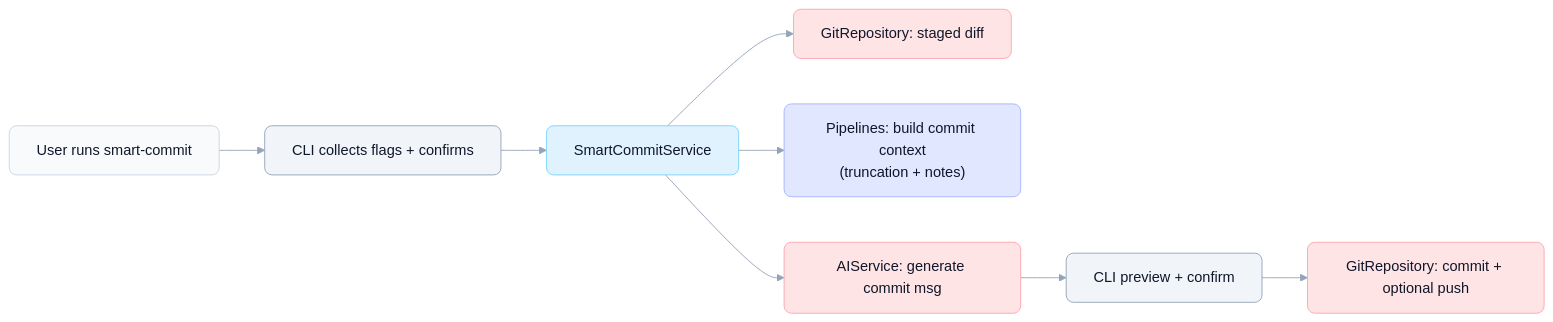
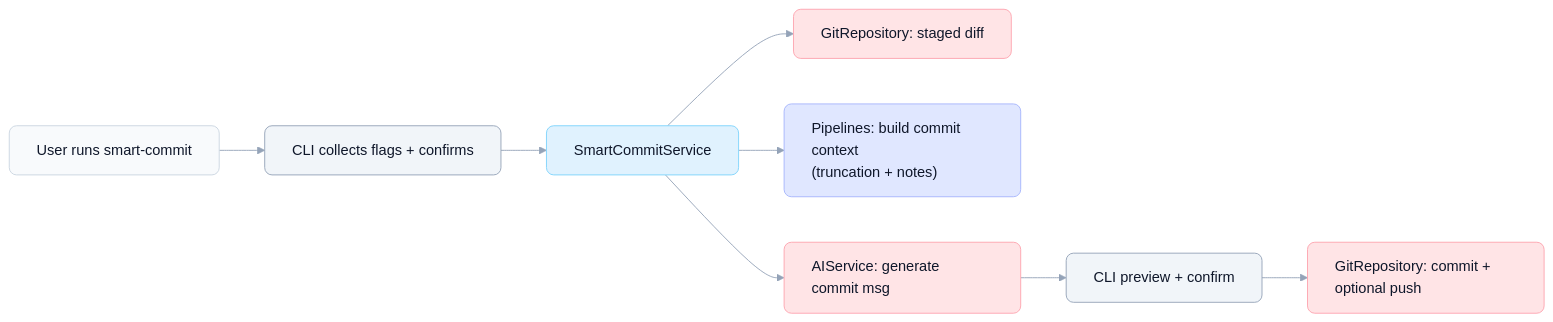
The second of 7 diagrams in docs/diagrams/workflows.md (Parckyzin/parcky-cli), drawn with Mermaid before and after one commit. The commit also changed other lines of this file, not shown here.

Commit message:
docs(workflows): add left text alignment to Mermaid class definitions for improved diagram readability

````diff
--- a/docs/diagrams/workflows.md
+++ b/docs/diagrams/workflows.md
@@ -68,28 +68,28 @@
 ```mermaid
 %%{init: {'theme':'base','themeVariables':{'fontFamily':'Inter, ui-sans-serif, system-ui','primaryColor':'#F8FAFC','primaryTextColor':'#0F172A','primaryBorderColor':'#CBD5E1','lineColor':'#94A3B8'}}}%%
 %% Style: docs/diagrams/_style.md (v1)
 flowchart LR
     u1["User runs smart-commit"] --> cli1["CLI collects flags + confirms"]
     cli1 --> svc1["SmartCommitService"]
     svc1 --> git1["GitRepository: staged diff"]
     svc1 --> pipe1["Pipelines: build commit context<br/>(truncation + notes)"]
     svc1 --> ai1["AIService: generate commit msg"]
     ai1 --> cli2["CLI preview + confirm"]
     cli2 --> git2["GitRepository: commit + optional push"]
 
-    classDef user fill:#F8FAFC,stroke:#CBD5E1,stroke-width:1px,rx:8,ry:8,color:#0F172A;
-    classDef cli fill:#F1F5F9,stroke:#94A3B8,stroke-width:1px,rx:8,ry:8,color:#0F172A;
-    classDef service fill:#E0F2FE,stroke:#7DD3FC,stroke-width:1px,rx:8,ry:8,color:#0F172A;
-    classDef pipeline fill:#E0E7FF,stroke:#A5B4FC,stroke-width:1px,rx:8,ry:8,color:#0F172A;
-    classDef core fill:#ECFCCB,stroke:#A3E635,stroke-width:1px,rx:8,ry:8,color:#0F172A;
-    classDef infra fill:#FFE4E6,stroke:#FDA4AF,stroke-width:1px,rx:8,ry:8,color:#0F172A;
-    classDef config fill:#F5F3FF,stroke:#C4B5FD,stroke-width:1px,rx:8,ry:8,color:#0F172A;
-    classDef external fill:#FFF7ED,stroke:#FDBA74,stroke-width:1px,rx:8,ry:8,color:#0F172A;
-    classDef note fill:#F8FAFC,stroke:#CBD5E1,stroke-width:1px,rx:8,ry:8,color:#0F172A;
+    classDef user fill:#F8FAFC,stroke:#CBD5E1,stroke-width:1px,rx:8,ry:8,color:#0F172A, text-align:left;
+    classDef cli fill:#F1F5F9,stroke:#94A3B8,stroke-width:1px,rx:8,ry:8,color:#0F172A, text-align:left;
+    classDef service fill:#E0F2FE,stroke:#7DD3FC,stroke-width:1px,rx:8,ry:8,color:#0F172A, text-align:left;
+    classDef pipeline fill:#E0E7FF,stroke:#A5B4FC,stroke-width:1px,rx:8,ry:8,color:#0F172A, text-align:left;
+    classDef core fill:#ECFCCB,stroke:#A3E635,stroke-width:1px,rx:8,ry:8,color:#0F172A, text-align:left;
+    classDef infra fill:#FFE4E6,stroke:#FDA4AF,stroke-width:1px,rx:8,ry:8,color:#0F172A, text-align:left;
+    classDef config fill:#F5F3FF,stroke:#C4B5FD,stroke-width:1px,rx:8,ry:8,color:#0F172A, text-align:left;
+    classDef external fill:#FFF7ED,stroke:#FDBA74,stroke-width:1px,rx:8,ry:8,color:#0F172A, text-align:left;
+    classDef note fill:#F8FAFC,stroke:#CBD5E1,stroke-width:1px,rx:8,ry:8,color:#0F172A, text-align:left;
 
     class u1 user;
     class cli1,cli2 cli;
     class svc1 service;
     class pipe1 pipeline;
     class git1,git2,ai1 infra;
 ```
````
